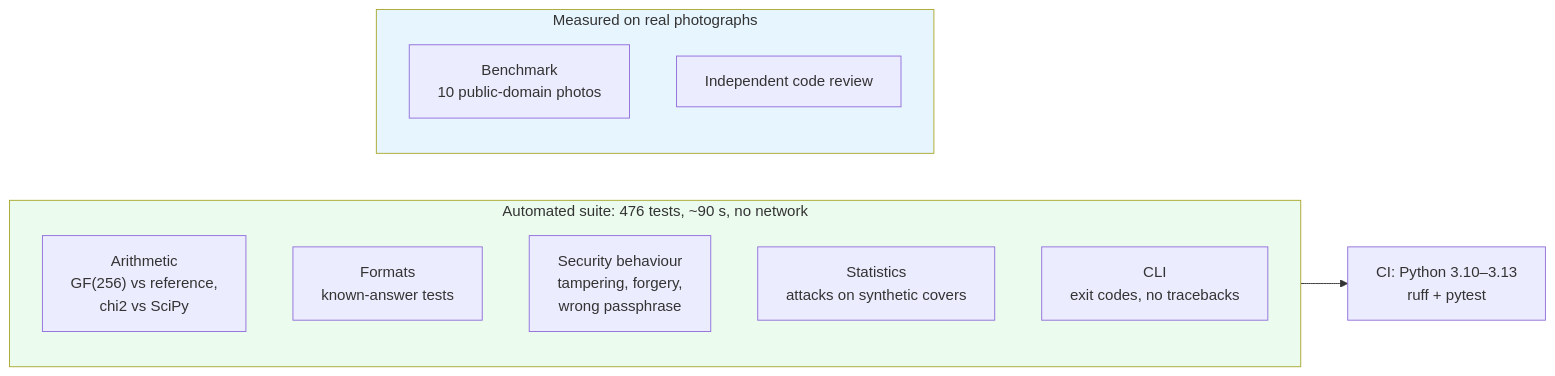
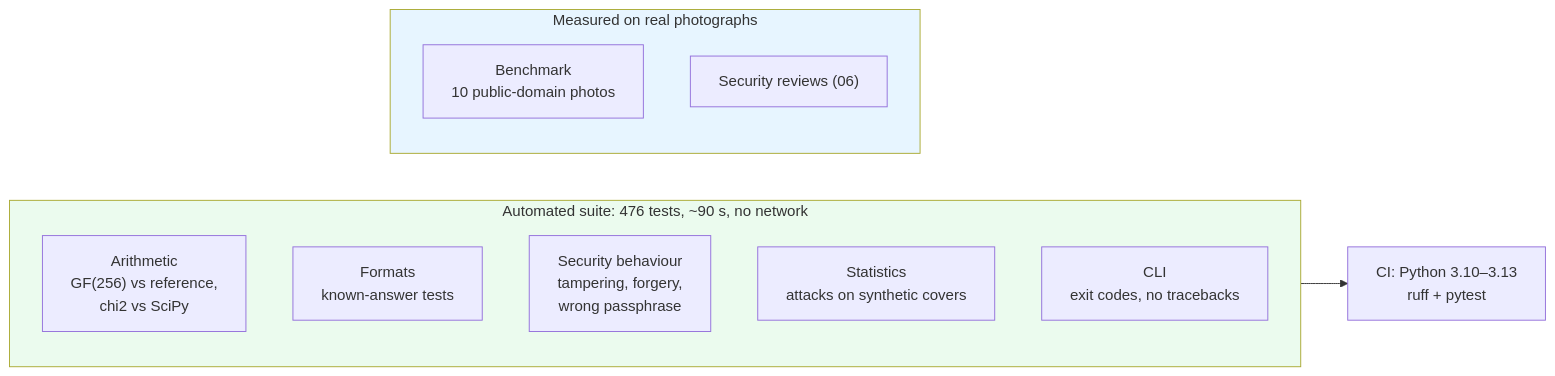
The seventh of 7 diagrams in docs/04-runtime-behaviour.md (Just-Ipavon/shardpix), drawn with Mermaid before and after one commit. The commit also changed 1 other file, not shown here.

Commit message:
docs: no 'independent' label on the reviews in 04; rewrap 05 §5.1

````diff
--- a/docs/04-runtime-behaviour.md
+++ b/docs/04-runtime-behaviour.md
@@ -318,20 +318,20 @@
 ```mermaid
 graph LR
     subgraph offline["Automated suite: 476 tests, ~90 s, no network"]
         U1["Arithmetic<br/>GF(256) vs reference,<br/>chi2 vs SciPy"]
         U2["Formats<br/>known-answer tests"]
         U3["Security behaviour<br/>tampering, forgery,<br/>wrong passphrase"]
         U4["Statistics<br/>attacks on synthetic covers"]
         U5["CLI<br/>exit codes, no tracebacks"]
     end
 
     subgraph manual["Measured on real photographs"]
         M1["Benchmark<br/>10 public-domain photos"]
-        M2["Independent code review"]
+        M2["Security reviews (06)"]
     end
 
     offline --> CI["CI: Python 3.10–3.13<br/>ruff + pytest"]
 
     style offline fill:#ebfbee
     style manual fill:#e7f5ff
 ```
````
